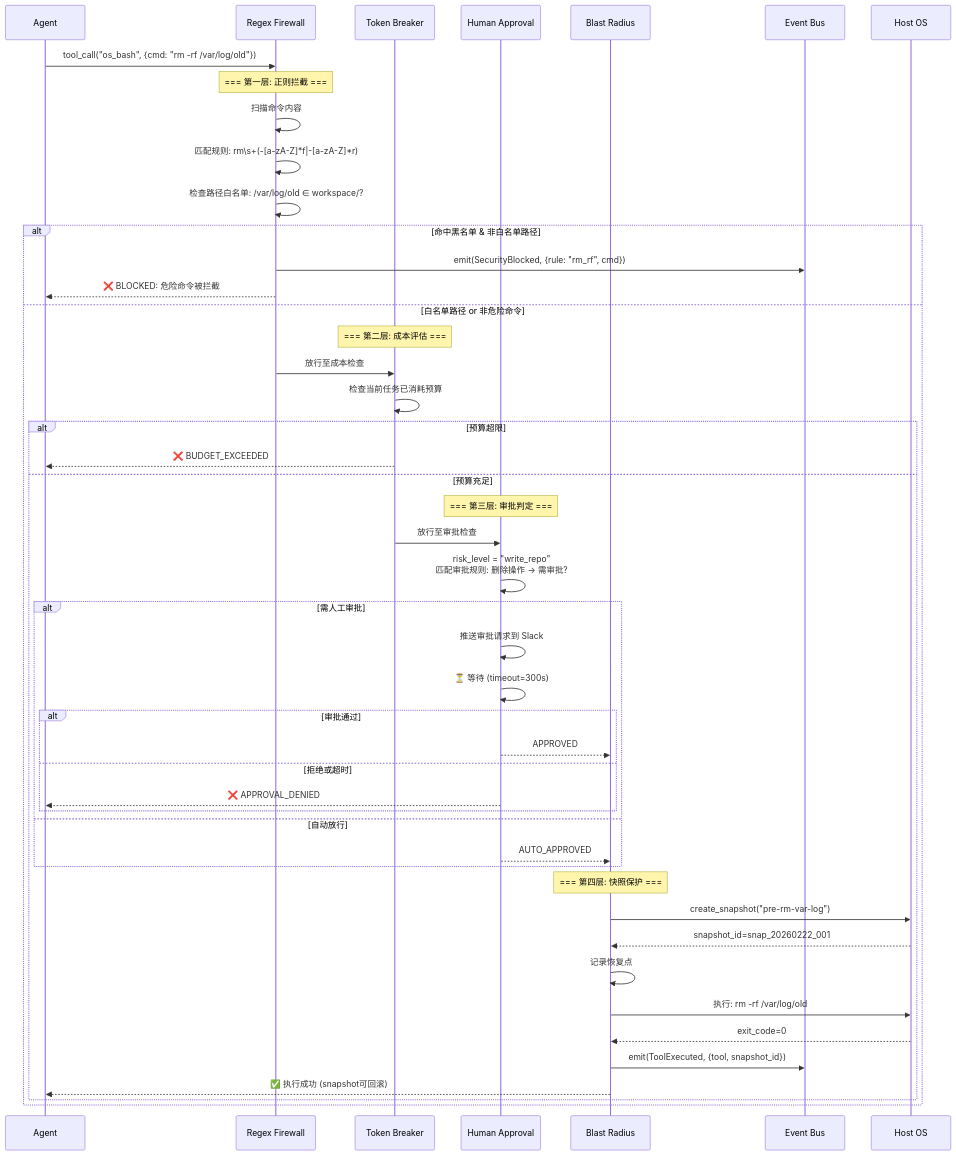
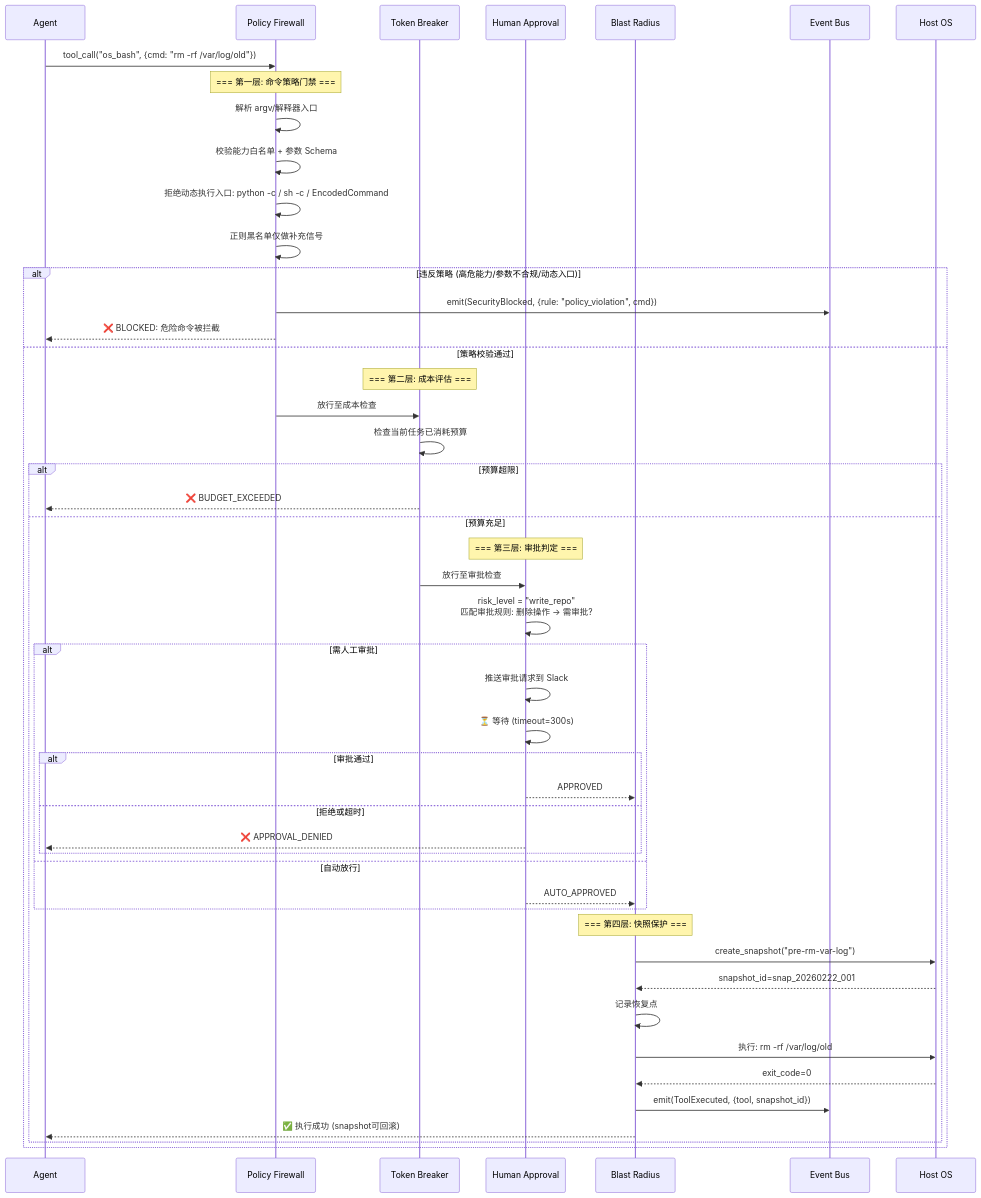
One commit to Yidhar/Embla_System changed the eighth of 12 diagrams in doc/10-brainstem-layer-modules.md. Above: the diagram before and after it, drawn with Mermaid. The commit also changed other lines of this file and 13 other files, not shown here.

Commit message:
docs: refresh architecture specs and security blindspot baseline

````diff
--- a/doc/10-brainstem-layer-modules.md
+++ b/doc/10-brainstem-layer-modules.md
@@ -449,56 +449,57 @@
 ```mermaid
 sequenceDiagram
     participant AGENT as Agent
-    participant RF as Regex Firewall
+    participant RF as Policy Firewall
     participant TB as Token Breaker
     participant HA as Human Approval
     participant BR as Blast Radius
     participant EB as Event Bus
     participant OS as Host OS
 
     AGENT->>RF: tool_call("os_bash", {cmd: "rm -rf /var/log/old"})
 
-    Note over RF: === 第一层: 正则拦截 ===
-    RF->>RF: 扫描命令内容
-    RF->>RF: 匹配规则: rm\s+(-[a-zA-Z]*f|-[a-zA-Z]*r)
-    RF->>RF: 检查路径白名单: /var/log/old ∈ workspace/?
+    Note over RF: === 第一层: 命令策略门禁 ===
+    RF->>RF: 解析 argv/解释器入口
+    RF->>RF: 校验能力白名单 + 参数 Schema
+    RF->>RF: 拒绝动态执行入口: python -c / sh -c / EncodedCommand
+    RF->>RF: 正则黑名单仅做补充信号
 
-    alt 命中黑名单 & 非白名单路径
-        RF->>EB: emit(SecurityBlocked, {rule: "rm_rf", cmd})
+    alt 违反策略 (高危能力/参数不合规/动态入口)
+        RF->>EB: emit(SecurityBlocked, {rule: "policy_violation", cmd})
         RF-->>AGENT: ❌ BLOCKED: 危险命令被拦截
-    else 白名单路径 or 非危险命令
+    else 策略校验通过
         Note over TB: === 第二层: 成本评估 ===
         RF->>TB: 放行至成本检查
         TB->>TB: 检查当前任务已消耗预算
         alt 预算超限
             TB-->>AGENT: ❌ BUDGET_EXCEEDED
         else 预算充足
             Note over HA: === 第三层: 审批判定 ===
             TB->>HA: 放行至审批检查
             HA->>HA: risk_level = "write_repo"<br/>匹配审批规则: 删除操作 → 需审批?
 
             alt 需人工审批
                 HA->>HA: 推送审批请求到 Slack
                 HA->>HA: ⏳ 等待 (timeout=300s)
                 alt 审批通过
                     HA-->>BR: APPROVED
                 else 拒绝或超时
                     HA-->>AGENT: ❌ APPROVAL_DENIED
                 end
             else 自动放行
                 HA-->>BR: AUTO_APPROVED
             end
 
             Note over BR: === 第四层: 快照保护 ===
             BR->>OS: create_snapshot("pre-rm-var-log")
             OS-->>BR: snapshot_id=snap_20260222_001
             BR->>BR: 记录恢复点
 
             BR->>OS: 执行: rm -rf /var/log/old
             OS-->>BR: exit_code=0
 
             BR->>EB: emit(ToolExecuted, {tool, snapshot_id})
             BR-->>AGENT: ✅ 执行成功 (snapshot可回滚)
         end
     end
 ```
````
